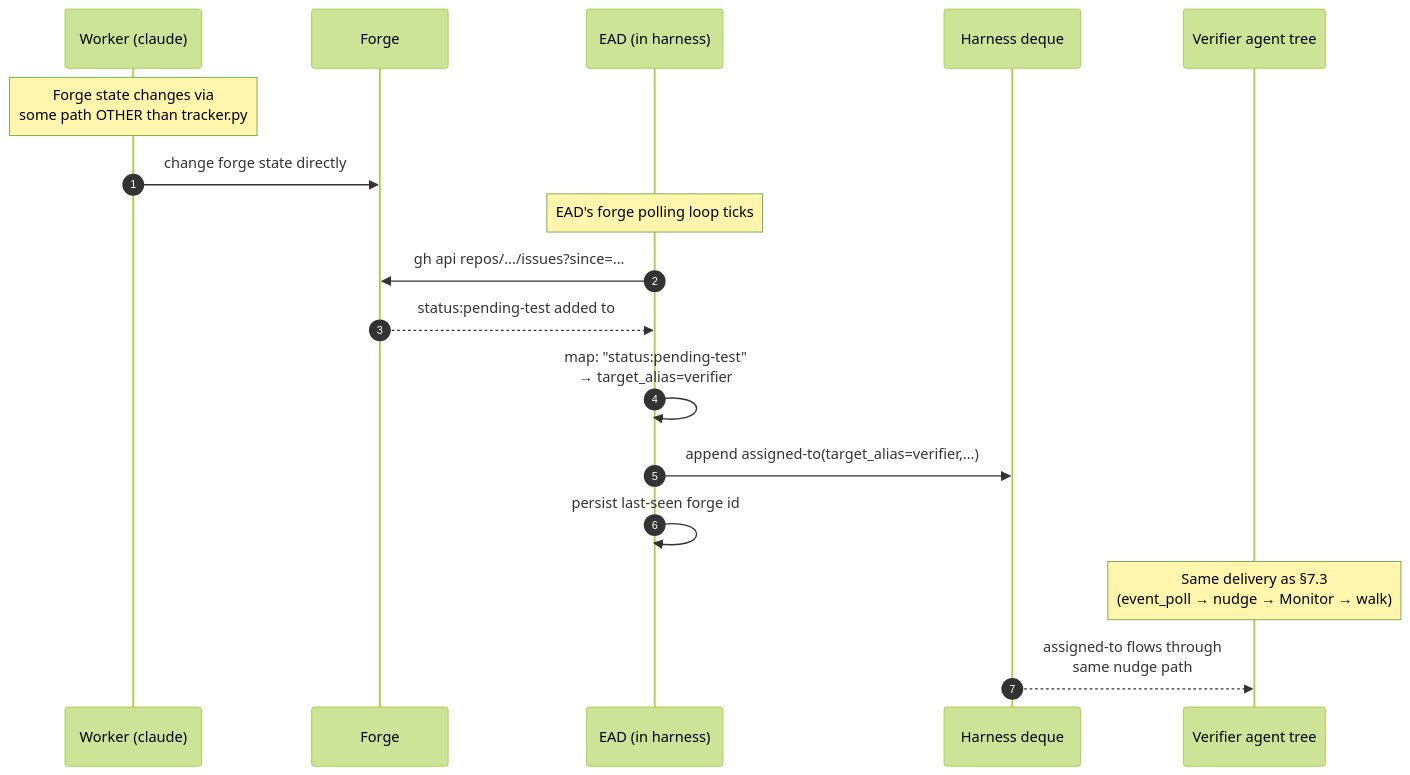
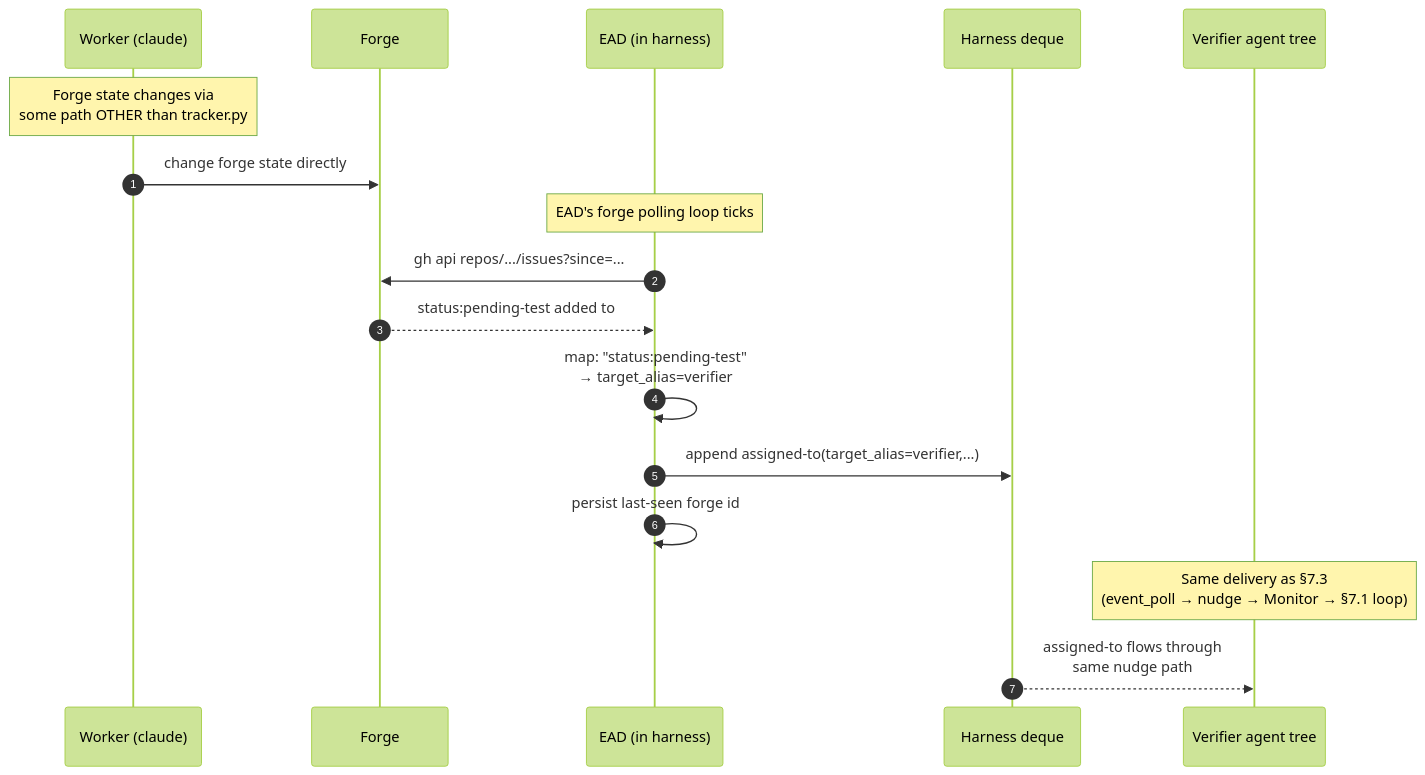
One commit to WallyDoodlez/SquidSquad changed diagram 13 of 15 in docs/AGENT-RUNTIME.md. Above: the diagram before and after it, drawn with Mermaid (forest theme). The commit also changed other lines of this file and 3 other files, not shown here.

````diff
--- a/docs/AGENT-RUNTIME.md
+++ b/docs/AGENT-RUNTIME.md
@@ -1011,22 +1011,22 @@
 ```mermaid
 sequenceDiagram
     autonumber
     participant W as Worker (claude)
     participant F as Forge
     participant EAD as EAD (in harness)
     participant H as Harness deque
     participant V as Verifier agent tree
 
     Note over W: Forge state changes via<br/>some path OTHER than tracker.py
     W->>F: change forge state directly
 
     Note over EAD: EAD's forge polling loop ticks
     EAD->>F: gh api repos/.../issues?since=...
     F-->>EAD: status:pending-test added to #9926
     EAD->>EAD: map: "status:pending-test"<br/>→ target_alias=verifier
     EAD->>H: append assigned-to(target_alias=verifier,...)
     EAD->>EAD: persist last-seen forge id
 
-    Note over V: Same delivery as §7.3<br/>(event_poll → nudge → Monitor → walk)
+    Note over V: Same delivery as §7.3<br/>(event_poll → nudge → Monitor → §7.1 loop)
     H-->>V: assigned-to flows through<br/>same nudge path
 ```
````
